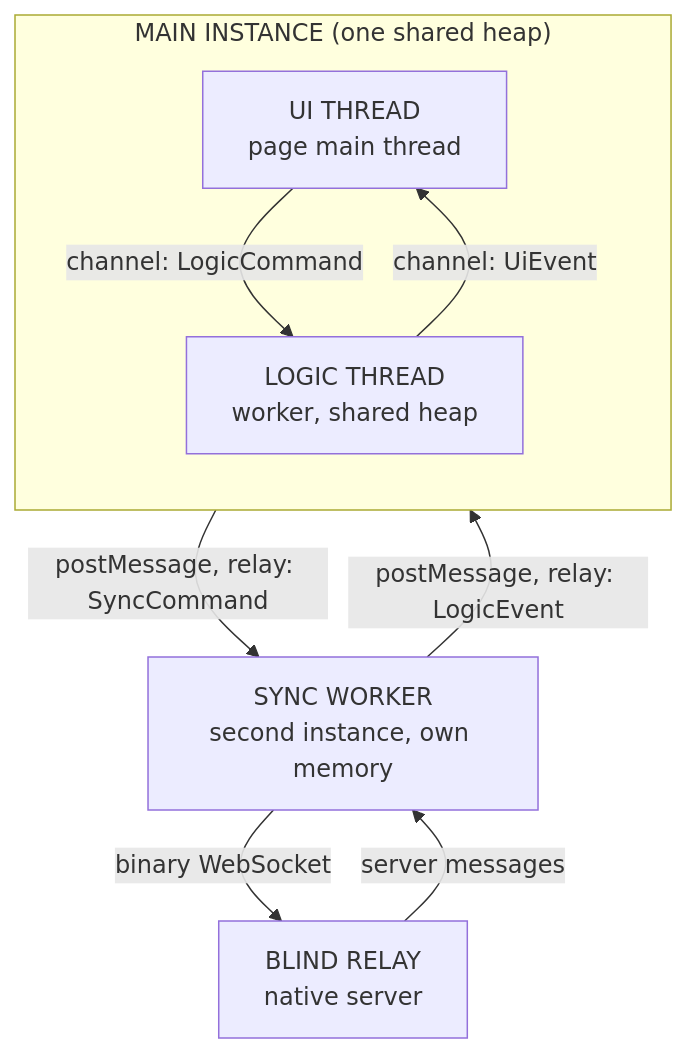
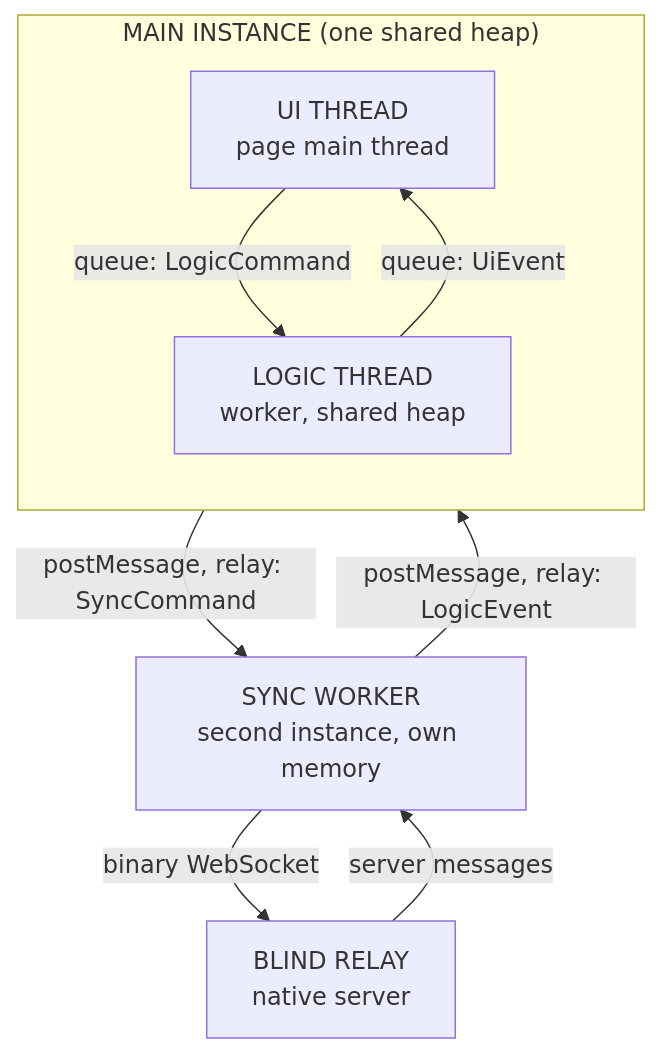
Before and after one commit to ambre-suite/ambre: the diagram in specs/1-Foundations/ambre-spec-architecture.md, drawn with Mermaid. The commit also changed other lines of this file and 37 other files, not shown here.

````diff
--- a/specs/1-Foundations/ambre-spec-architecture.md
+++ b/specs/1-Foundations/ambre-spec-architecture.md
@@ -76,16 +76,16 @@
 ```mermaid
 flowchart TB
     subgraph MAIN["MAIN INSTANCE (one shared heap)"]
         direction TB
         UI["UI THREAD<br/>page main thread"]
         LOGIC["LOGIC THREAD<br/>worker, shared heap"]
-        UI -->|"channel: LogicCommand"| LOGIC
-        LOGIC -->|"channel: UiEvent"| UI
+        UI -->|"queue: LogicCommand"| LOGIC
+        LOGIC -->|"queue: UiEvent"| UI
     end
     SYNC["SYNC WORKER<br/>second instance, own memory"]
     RELAY["BLIND RELAY<br/>native server"]
     UI -->|"postMessage, relay: SyncCommand"| SYNC
     SYNC -->|"postMessage, relay: LogicEvent"| UI
     SYNC -->|"binary WebSocket"| RELAY
     RELAY -->|"server messages"| SYNC
 ```
````
